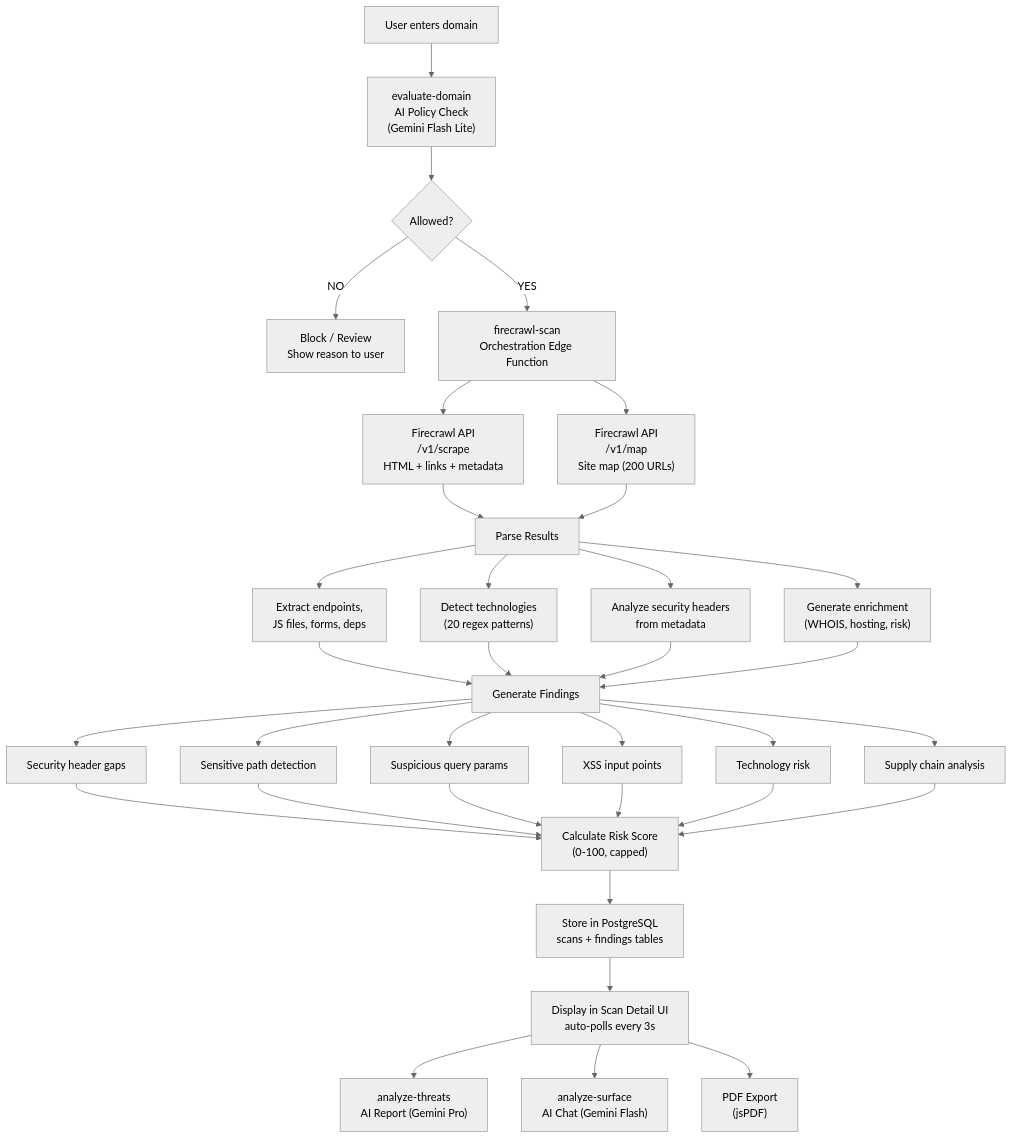
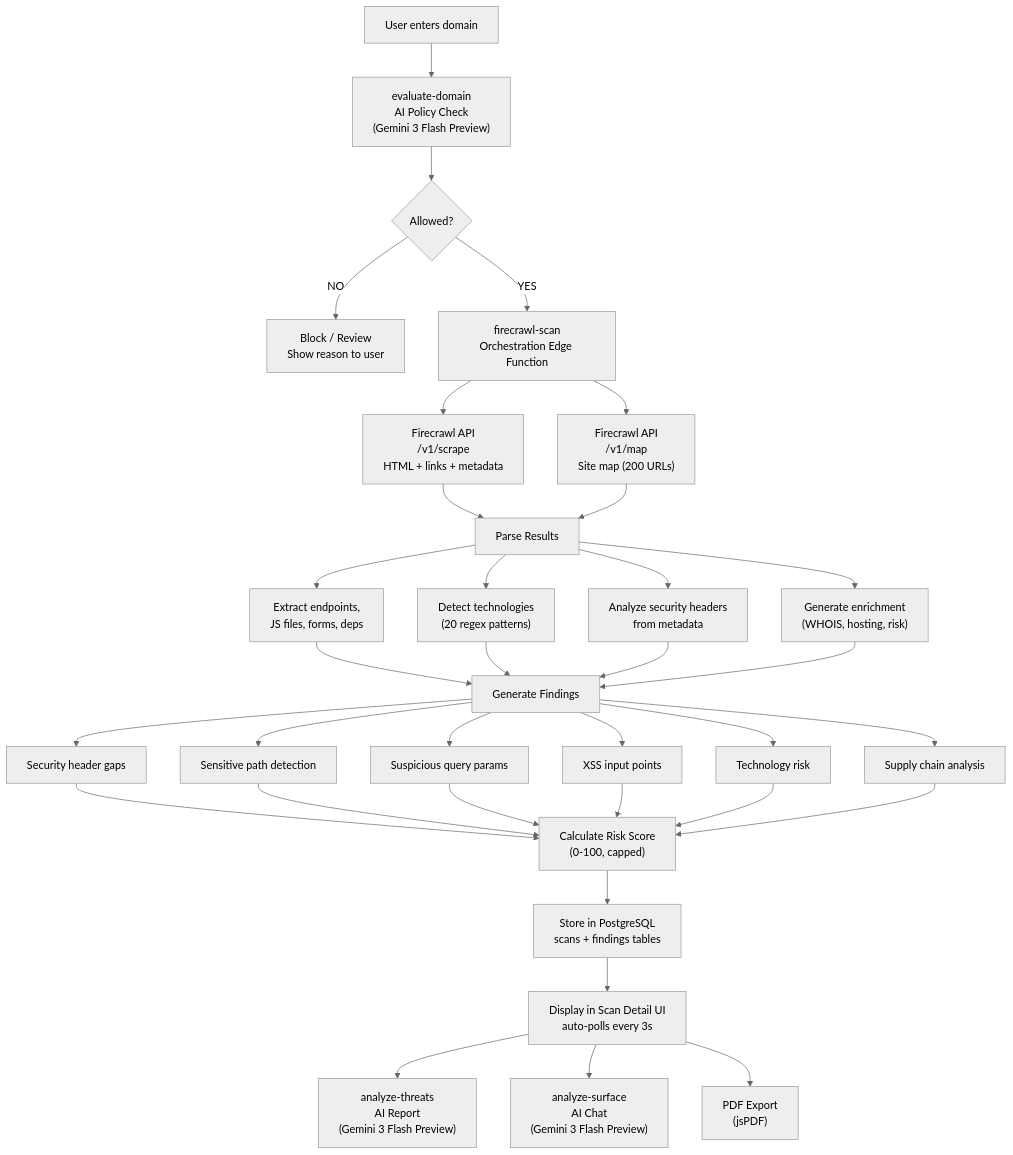
The first of 9 diagrams in TECHNICAL_DOCS.md (ritvikindupuri/aegis-intel-scan), drawn with Mermaid (neutral theme) before and after one commit. The commit also changed other lines of this file and 4 other files, not shown here.

````diff
--- a/TECHNICAL_DOCS.md
+++ b/TECHNICAL_DOCS.md
@@ -73,44 +73,44 @@
 ```mermaid
 flowchart TD
-    A["User enters domain"] --> B["evaluate-domain\nAI Policy Check\n(Gemini Flash Lite)"]
+    A["User enters domain"] --> B["evaluate-domain\nAI Policy Check\n(Gemini 3 Flash Preview)"]
     B --> C{"Allowed?"}
     C -- "NO" --> D["Block / Review\nShow reason to user"]
     C -- "YES" --> E["firecrawl-scan\nOrchestration Edge Function"]
     
     E --> F["Firecrawl API\n/v1/scrape\nHTML + links + metadata"]
     E --> G["Firecrawl API\n/v1/map\nSite map (200 URLs)"]
     
     F --> H["Parse Results"]
     G --> H
     
     H --> H1["Extract endpoints,\nJS files, forms, deps"]
     H --> H2["Detect technologies\n(20 regex patterns)"]
     H --> H3["Analyze security headers\nfrom metadata"]
     H --> H4["Generate enrichment\n(WHOIS, hosting, risk)"]
     
     H1 --> I["Generate Findings"]
     H2 --> I
     H3 --> I
     H4 --> I
     
     I --> I1["Security header gaps"]
     I --> I2["Sensitive path detection"]
     I --> I3["Suspicious query params"]
     I --> I4["XSS input points"]
     I --> I5["Technology risk"]
     I --> I6["Supply chain analysis"]
     
     I1 --> J["Calculate Risk Score\n(0-100, capped)"]
     I2 --> J
     I3 --> J
     I4 --> J
     I5 --> J
     I6 --> J
     
     J --> K["Store in PostgreSQL\nscans + findings tables"]
     K --> L["Display in Scan Detail UI\nauto-polls every 3s"]
     
-    L --> M["analyze-threats\nAI Report (Gemini Pro)"]
-    L --> N["analyze-surface\nAI Chat (Gemini Flash)"]
+    L --> M["analyze-threats\nAI Report\n(Gemini 3 Flash Preview)"]
+    L --> N["analyze-surface\nAI Chat\n(Gemini 3 Flash Preview)"]
     L --> O["PDF Export\n(jsPDF)"]
 ```
````
